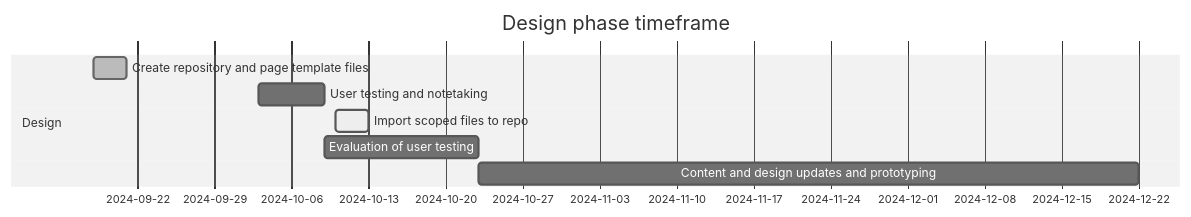
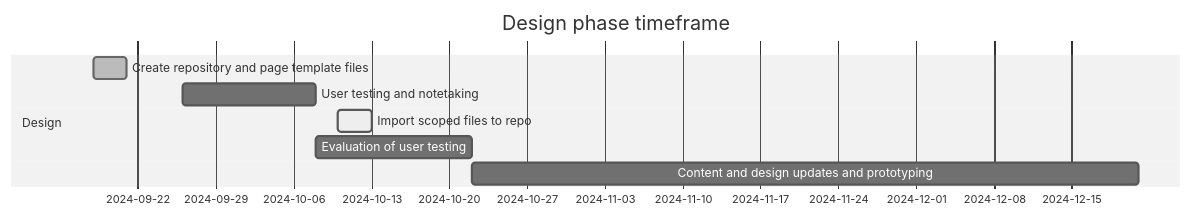
Before and after one commit to cra-proto/gst-hst-business: the first of 2 diagrams in README.md, drawn with Mermaid (neutral theme).

````diff
--- a/README.md
+++ b/README.md
@@ -31,11 +31,11 @@
 ```mermaid
 gantt
     title Design phase timeframe
     dateFormat  YYYY-MM-DD
     section Design
     Create repository and page template files :done, a1, 2024-09-18, 3d
-    User testing and notetaking :b1, 2024-10-03, 6d
+    User testing and notetaking :b1, 2024-09-26, 12d
     Import scoped files to repo :active, a2, 2024-10-10, 3d
     Evaluation of user testing :b2, after b1, 14d
     Content and design updates and prototyping :after b2, 60d
 ```
````
